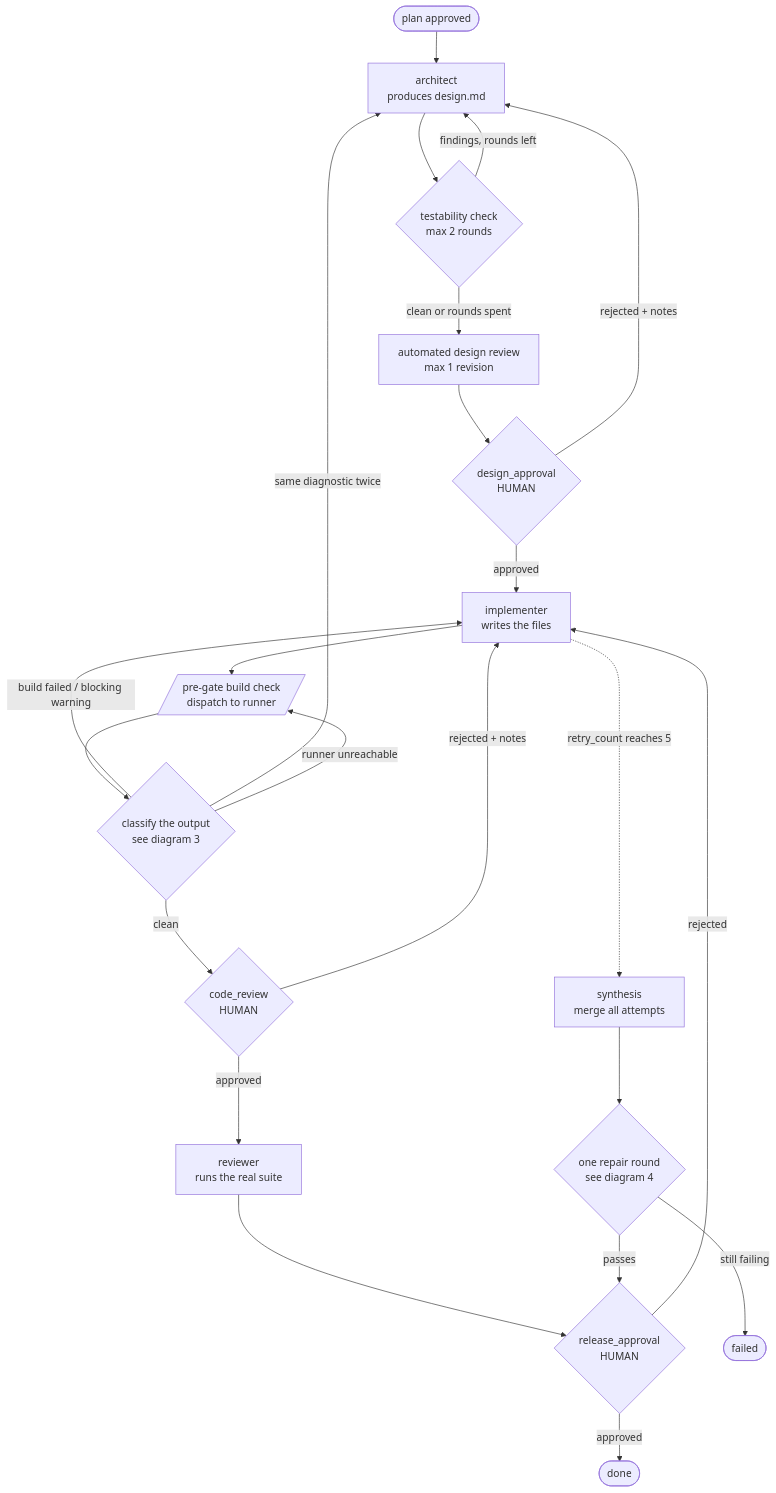
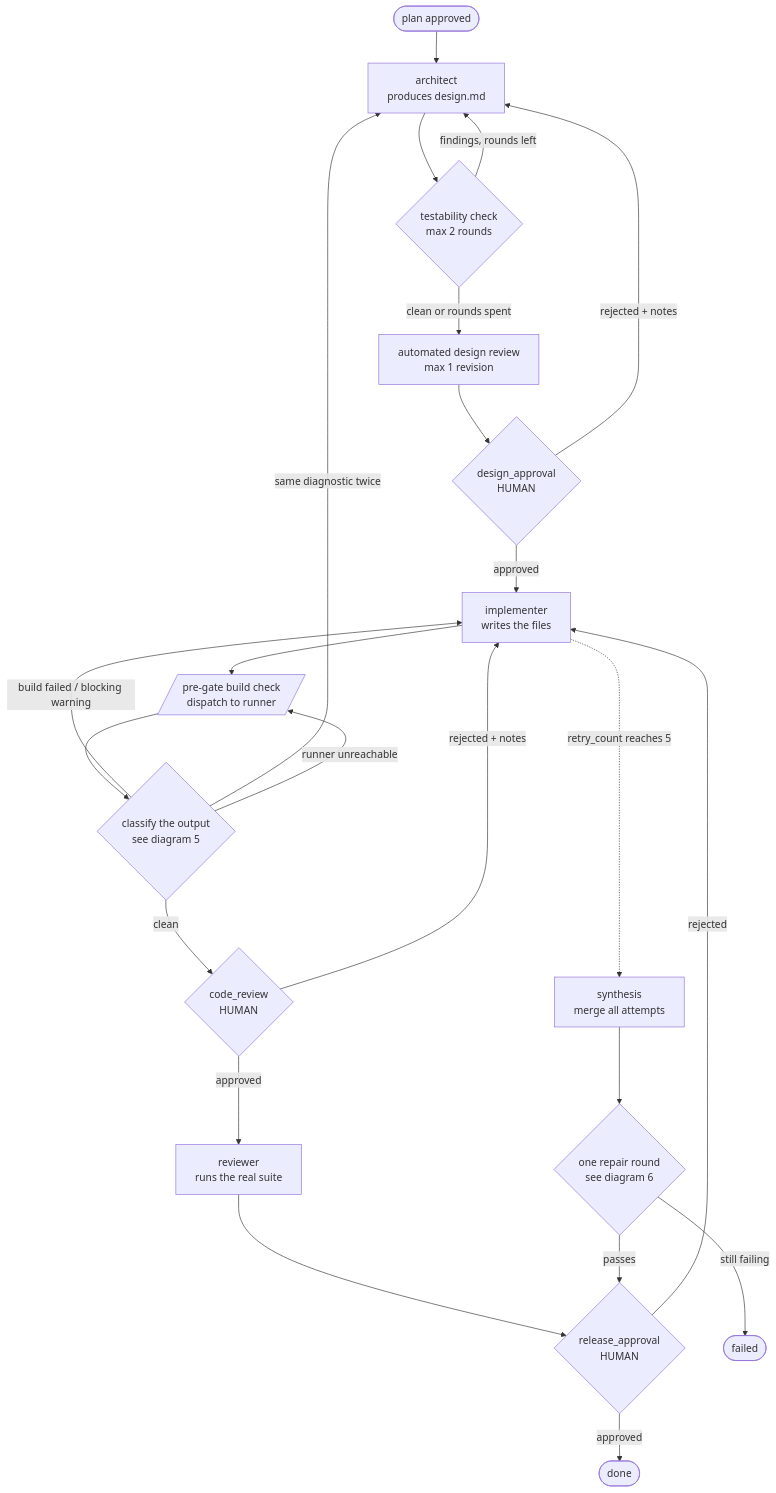
One commit to keithmerrilliv/coding-model-server changed the third of 6 diagrams in docs/PIPELINE.md. Above: the diagram before and after it, drawn with Mermaid. The commit also changed other lines of this file, not shown here.

First line of the commit message:
docs: add the topology, the generation fork, and scale diagram 6

````diff
--- a/docs/PIPELINE.md
+++ b/docs/PIPELINE.md
@@ -54,28 +106,28 @@
 ```mermaid
 flowchart TD
     START([plan approved]) --> ARCH[architect<br/>produces design.md]
     ARCH --> TEST{testability check<br/>max 2 rounds}
     TEST -->|findings, rounds left| ARCH
     TEST -->|clean or rounds spent| DREV[automated design review<br/>max 1 revision]
     DREV --> DGATE{design_approval<br/>HUMAN}
     DGATE -->|rejected + notes| ARCH
     DGATE -->|approved| IMPL[implementer<br/>writes the files]
 
     IMPL --> BUILD[/pre-gate build check<br/>dispatch to runner/]
-    BUILD --> CLASS{classify the output<br/>see diagram 3}
+    BUILD --> CLASS{classify the output<br/>see diagram 5}
     CLASS -->|clean| CGATE{code_review<br/>HUMAN}
     CLASS -->|build failed / blocking warning| IMPL
     CLASS -->|same diagnostic twice| ARCH
     CLASS -->|runner unreachable| BUILD
 
     CGATE -->|rejected + notes| IMPL
     CGATE -->|approved| REV[reviewer<br/>runs the real suite]
     REV --> RGATE{release_approval<br/>HUMAN}
     RGATE -->|approved| DONE([done])
     RGATE -->|rejected| IMPL
 
     IMPL -.->|retry_count reaches 5| SYNTH[synthesis<br/>merge all attempts]
-    SYNTH --> REPAIR{one repair round<br/>see diagram 4}
+    SYNTH --> REPAIR{one repair round<br/>see diagram 6}
     REPAIR -->|passes| RGATE
     REPAIR -->|still failing| FAIL([failed])
 ```
````
